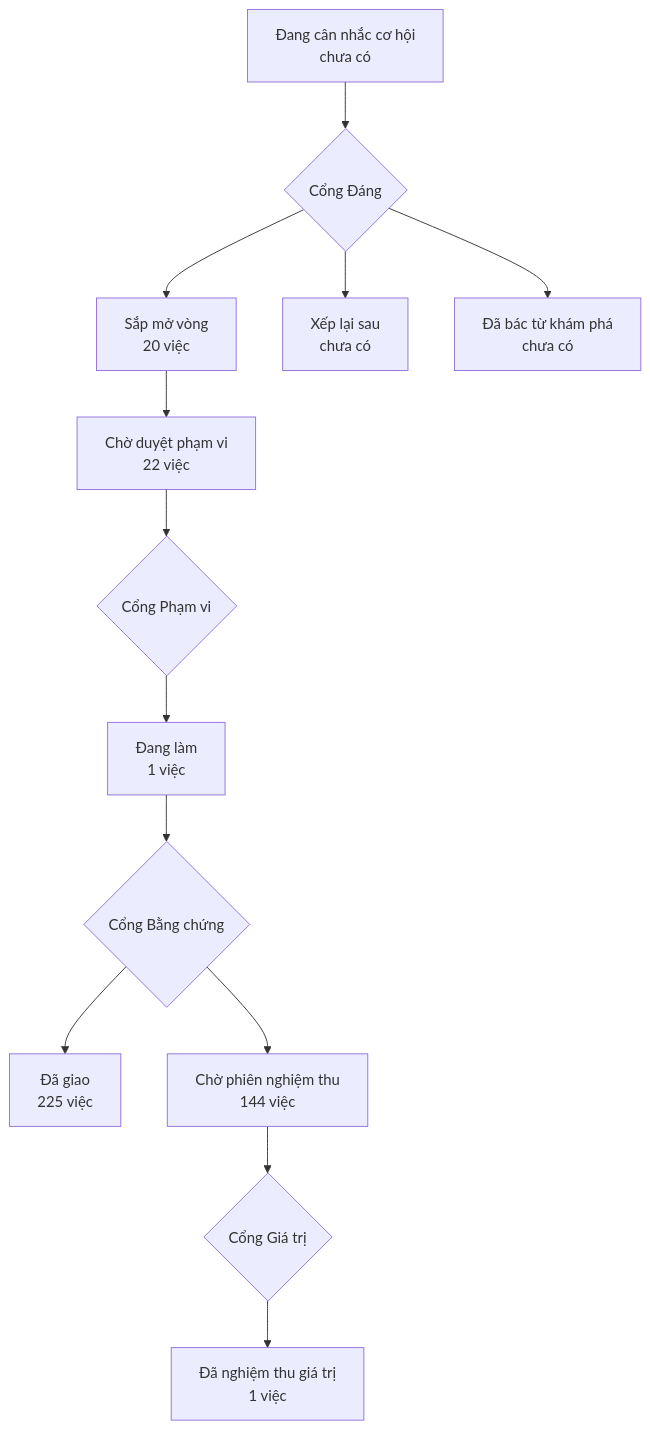
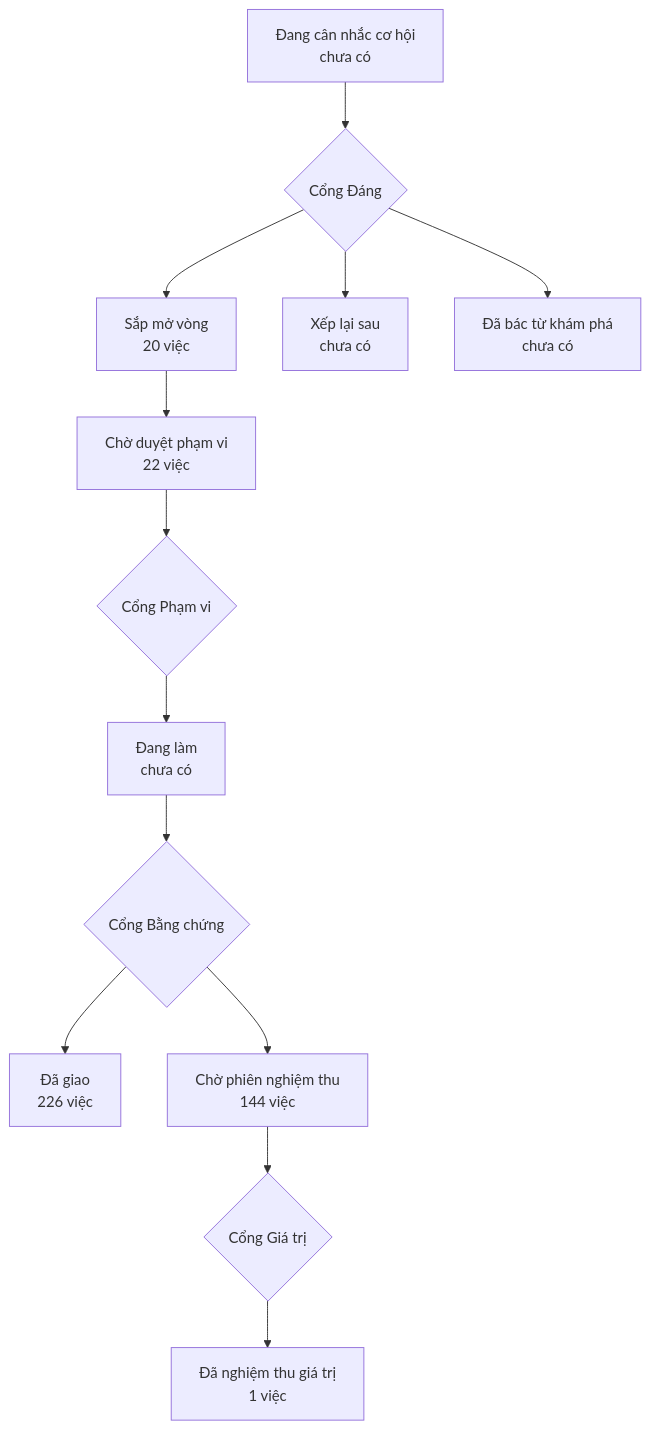
One commit to phanlemanh/onehub-invest changed the diagram in PRODUCT-MAP.md. Above: the diagram before and after it, drawn with Mermaid. The commit also changed other lines of this file and 4 other files, not shown here.

````diff
--- a/PRODUCT-MAP.md
+++ b/PRODUCT-MAP.md
@@ -7,12 +7,12 @@
 ```mermaid
 flowchart TD
   A["Đang cân nhắc cơ hội<br/>chưa có"] --> GD{"Cổng Đáng"}
   GD --> B["Sắp mở vòng<br/>20 việc"]
   GD --> XL["Xếp lại sau<br/>chưa có"]
   GD --> DB["Đã bác từ khám phá<br/>chưa có"]
   B --> CD["Chờ duyệt phạm vi<br/>22 việc"] --> GP{"Cổng Phạm vi"}
-  GP --> DL["Đang làm<br/>1 việc"] --> GB{"Cổng Bằng chứng"}
-  GB --> DG["Đã giao<br/>225 việc"]
+  GP --> DL["Đang làm<br/>chưa có"] --> GB{"Cổng Bằng chứng"}
+  GB --> DG["Đã giao<br/>226 việc"]
   GB --> CN["Chờ phiên nghiệm thu<br/>144 việc"] --> GG{"Cổng Giá trị"}
   GG --> NT["Đã nghiệm thu giá trị<br/>1 việc"]
 ```
````
